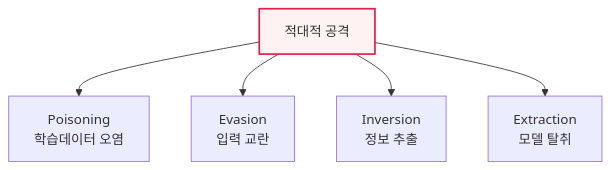
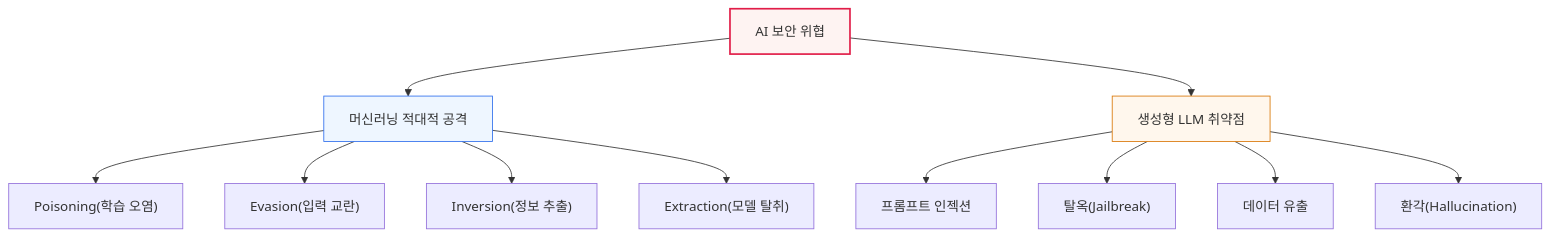
One commit to coninggu/wjdqhrhksflrltnftk changed the first of 2 diagrams in content/ai-security-threats.md. Above: the diagram before and after it, drawn with Mermaid. The commit also changed other lines of this file and 3 other files, not shown here.

First line of the commit message:
Deepen 데이터 구조: 선형과 비선형, AI 보안 위협: 적대적 공격·생성형 취약점 (auto)

````diff
--- a/content/ai-security-threats.md
+++ b/content/ai-security-threats.md
@@ -15,8 +21,16 @@
 ```mermaid
 flowchart TB
-  A[적대적 공격] --> P["Poisoning<br/>학습데이터 오염"]
-  A --> E["Evasion<br/>입력 교란"]
-  A --> I["Inversion<br/>정보 추출"]
-  A --> X["Extraction<br/>모델 탈취"]
-  style A fill:#fef3f2,stroke:#e11d48,stroke-width:2px
+  T["AI 보안 위협"] --> ML["머신러닝 적대적 공격"]
+  T --> LLM["생성형 LLM 취약점"]
+  ML --> P["Poisoning(학습 오염)"]
+  ML --> E["Evasion(입력 교란)"]
+  ML --> I["Inversion(정보 추출)"]
+  ML --> X["Extraction(모델 탈취)"]
+  LLM --> PI["프롬프트 인젝션"]
+  LLM --> JB["탈옥(Jailbreak)"]
+  LLM --> DL["데이터 유출"]
+  LLM --> HA["환각(Hallucination)"]
+  style T fill:#fef3f2,stroke:#e11d48,stroke-width:2px
+  style ML fill:#eef6ff,stroke:#2f6fed
+  style LLM fill:#fff7ed,stroke:#d97706
 ```
````
